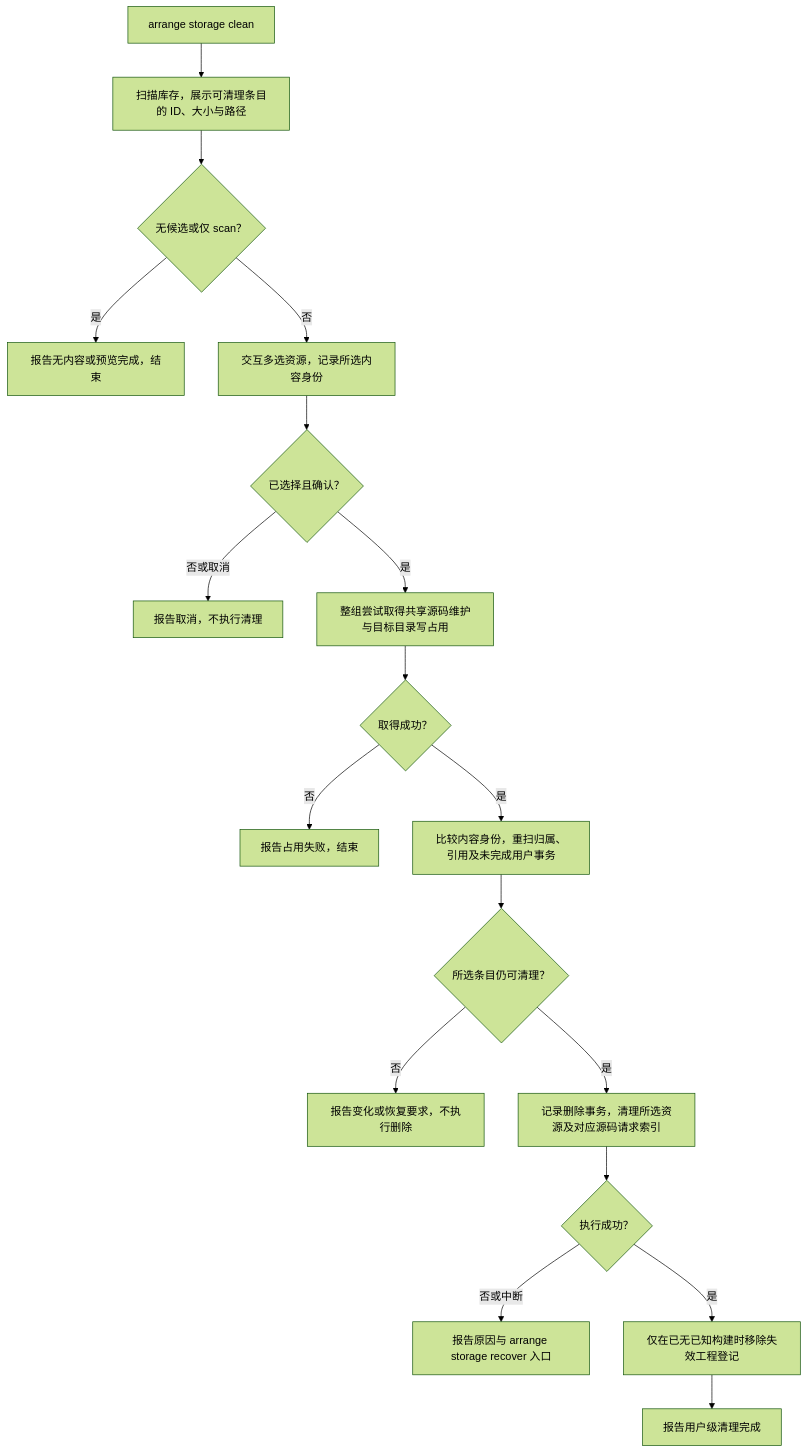
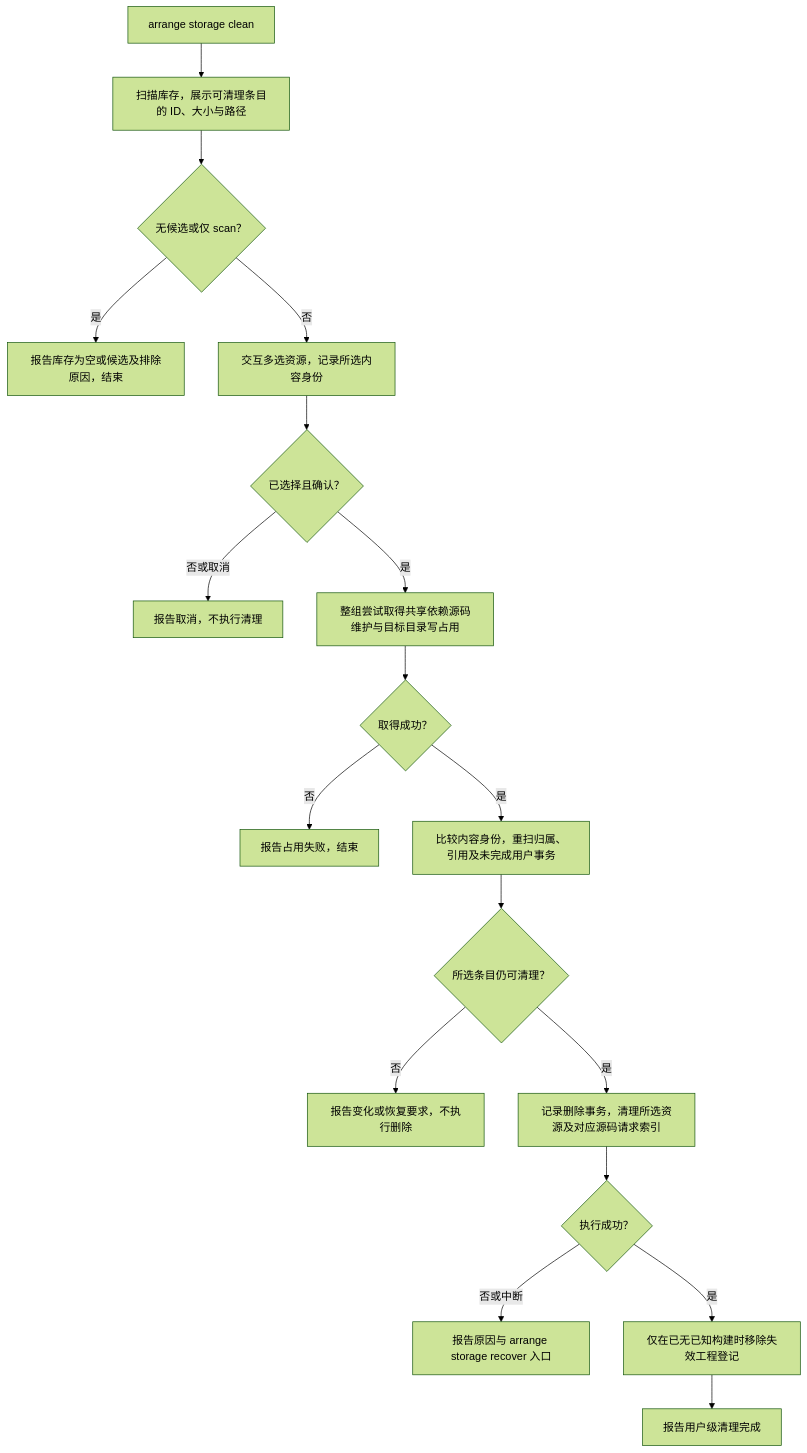
Before and after one commit to EarzuChan/Arrange: diagram 15 of 17 in docs/proj/m2：初步完成，sub2待测试和收尾/2：初步完成，Win测中，待收尾/命令定义.md, drawn with Mermaid (forest theme). The commit also changed other lines of this file and 41 other files, not shown here.

````diff
--- a/docs/proj/m2：初步完成，sub2待测试和收尾/2：初步完成，Win测中，待收尾/命令定义.md
+++ b/docs/proj/m2：初步完成，sub2待测试和收尾/2：初步完成，Win测中，待收尾/命令定义.md
@@ -505,20 +505,20 @@
 ```mermaid
 flowchart TD
     A["arrange storage clean"] --> B["扫描库存，展示可清理条目的 ID、大小与路径"]
     B --> C{"无候选或仅 scan？"}
-    C -->|是| VIEW["报告无内容或预览完成，结束"]
+    C -->|是| VIEW["报告库存为空或候选及排除原因，结束"]
     C -->|否| D["交互多选资源，记录所选内容身份"]
     D --> E{"已选择且确认？"}
     E -->|否或取消| CANCEL["报告取消，不执行清理"]
-    E -->|是| F["整组尝试取得共享源码维护与目标目录写占用"]
+    E -->|是| F["整组尝试取得共享依赖源码维护与目标目录写占用"]
     F --> G{"取得成功？"}
     G -->|否| BUSY["报告占用失败，结束"]
     G -->|是| H["比较内容身份，重扫归属、引用及未完成用户事务"]
     H --> I{"所选条目仍可清理？"}
     I -->|否| FAIL["报告变化或恢复要求，不执行删除"]
     I -->|是| J["记录删除事务，清理所选资源及对应源码请求索引"]
     J --> K{"执行成功？"}
     K -->|否或中断| RECOVER["报告原因与 arrange storage recover 入口"]
     K -->|是| L["仅在已无已知构建时移除失效工程登记"]
     L --> DONE["报告用户级清理完成"]
 ```
````
